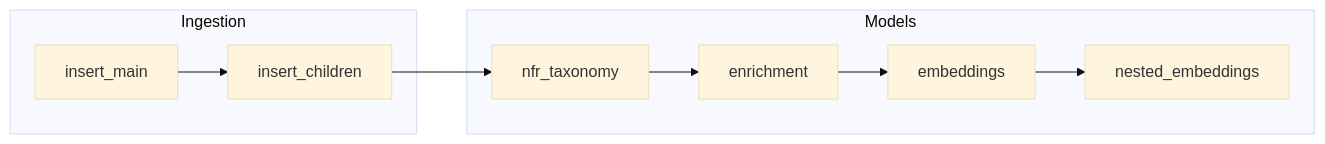
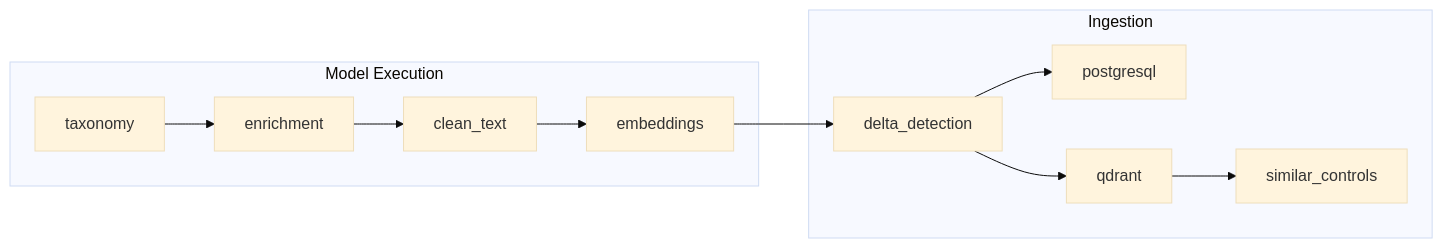
One commit to white07S/application changed the second of 2 diagrams in docs/docs_content/pipelines/overview.md. Above: the diagram before and after it, drawn with Mermaid (base theme). The commit also changed other lines of this file and 3 other files, not shown here.

````diff
--- a/docs/docs_content/pipelines/overview.md
+++ b/docs/docs_content/pipelines/overview.md
@@ -761,13 +775,15 @@
 ```mermaid
 flowchart LR
-    subgraph Ingestion
-        M[insert_main] --> C[insert_children]
+    subgraph Models["Model Execution"]
+        T[taxonomy] --> E[enrichment]
+        E --> CT[clean_text]
+        CT --> EM[embeddings]
     end
 
-    subgraph Models
-        C --> N[nfr_taxonomy]
-        N --> E[enrichment]
-        E --> V[embeddings]
-        V --> NE[nested_embeddings]
+    subgraph Ingestion["Ingestion"]
+        EM --> D[delta_detection]
+        D --> PG[postgresql]
+        D --> QD[qdrant]
+        QD --> SIM[similar_controls]
     end
 ```
````
